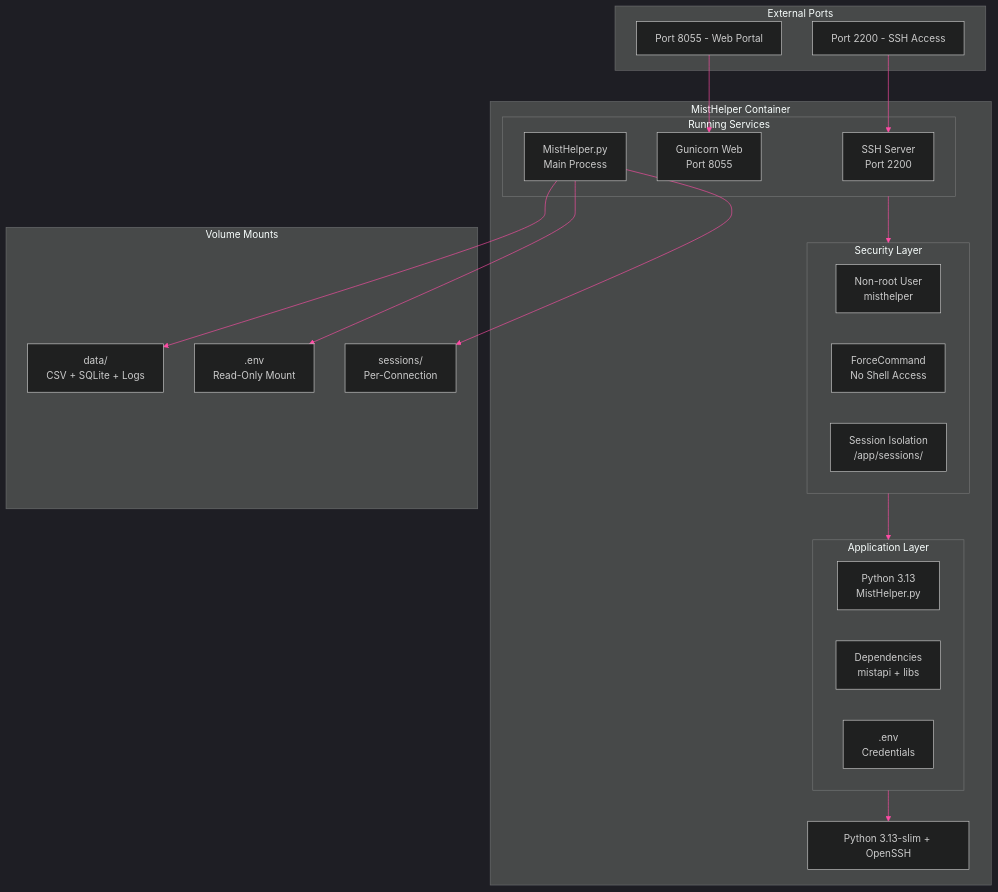
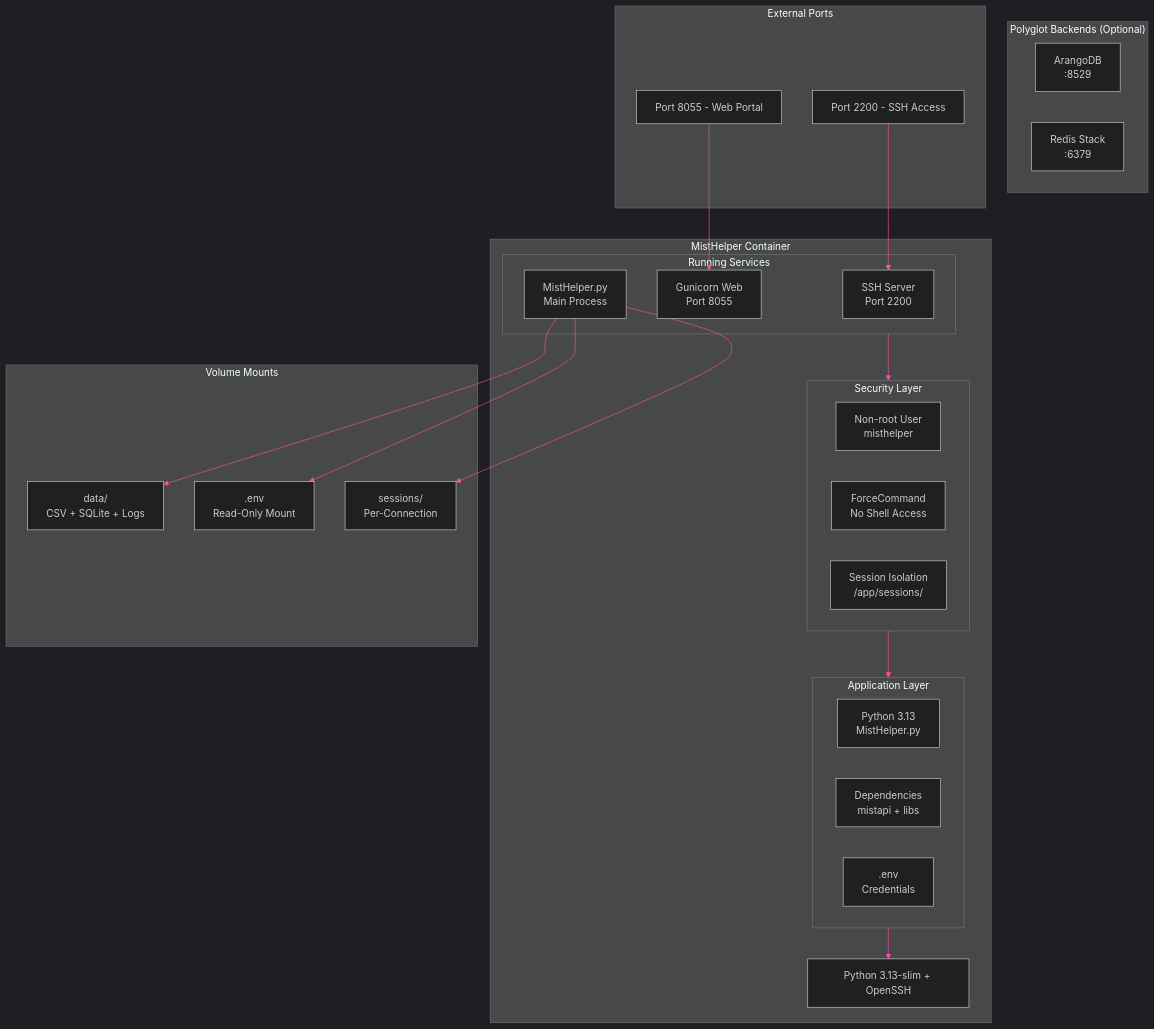
One commit to jmorrison-juniper/MistHelper changed the first of 2 diagrams in documentation/diagrams/infrastructure/container-architecture.md. Above: the diagram before and after it, drawn with Mermaid. The commit also changed other lines of this file and 44 other files, not shown here.

````diff
--- a/documentation/diagrams/infrastructure/container-architecture.md
+++ b/documentation/diagrams/infrastructure/container-architecture.md
@@ -11,51 +11,56 @@
 ```mermaid
 %%{init: {'theme': 'dark', 'themeVariables': {
   'primaryColor': '#E20074',
   'primaryTextColor': '#E0E0E0',
   'primaryBorderColor': '#99004D',
   'lineColor': '#FF4DA6',
   'secondaryColor': '#16213E',
   'tertiaryColor': '#1A1A2E',
   'fontFamily': 'ui-monospace, monospace'
 }}}%%
 flowchart TB
     subgraph container["MistHelper Container"]
         subgraph services["Running Services"]
             ssh["SSH Server<br/>Port 2200"]
             web["Gunicorn Web<br/>Port 8055"]
             app["MistHelper.py<br/>Main Process"]
         end
 
         subgraph security["Security Layer"]
             user["Non-root User<br/>misthelper"]
             force["ForceCommand<br/>No Shell Access"]
             isolation["Session Isolation<br/>/app/sessions/"]
         end
 
         subgraph application["Application Layer"]
             code["Python 3.13<br/>MistHelper.py"]
             deps["Dependencies<br/>mistapi + libs"]
             config[".env<br/>Credentials"]
         end
 
         os["Python 3.13-slim + OpenSSH"]
     end
 
     subgraph volumes["Volume Mounts"]
         data["data/<br/>CSV + SQLite + Logs"]
         env[".env<br/>Read-Only Mount"]
         sessions["sessions/<br/>Per-Connection"]
     end
 
+    subgraph polyglot["Polyglot Backends (Optional)"]
+        arango["ArangoDB<br/>:8529"]
+        redis["Redis Stack<br/>:6379"]
+    end
+
     subgraph ports["External Ports"]
         p2200["Port 2200 - SSH Access"]
         p8055["Port 8055 - Web Portal"]
     end
 
     services --> security --> application --> os
     p2200 --> ssh
     p8055 --> web
     app --> data
     app --> env
     app --> sessions
 ```
````
